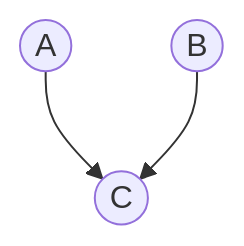
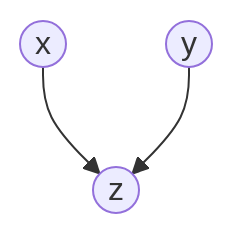
One commit to uni-notes/uni-notes changed the third of 4 diagrams in docs/CS_Electives/AI/07_Bayesian.md. Above: the diagram before and after it, drawn with Mermaid. The commit also changed other lines of this file and 544 other files, not shown here.

````diff
--- a/docs/CS_Electives/AI/07_Bayesian.md
+++ b/docs/CS_Electives/AI/07_Bayesian.md
@@ -43,5 +103,5 @@
 ```mermaid
-  graph TD;
-    A((A))-->C((C));
-    B((B))-->C((C));
+graph TD;
+x((x))-->z((z));
+y((y))-->z((z));
 ```
````
